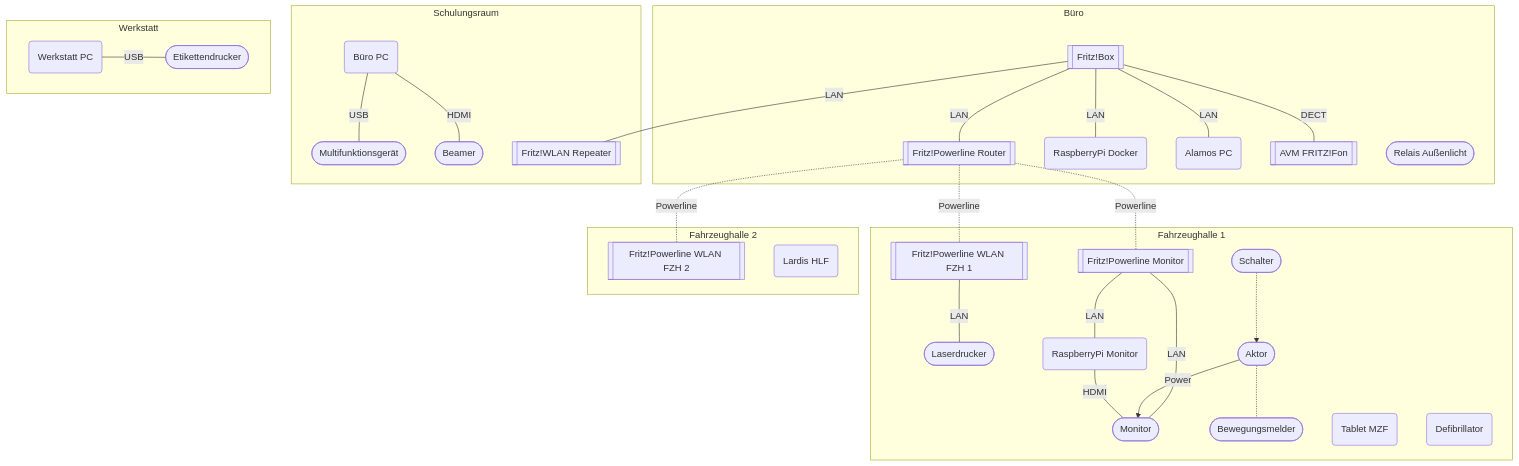
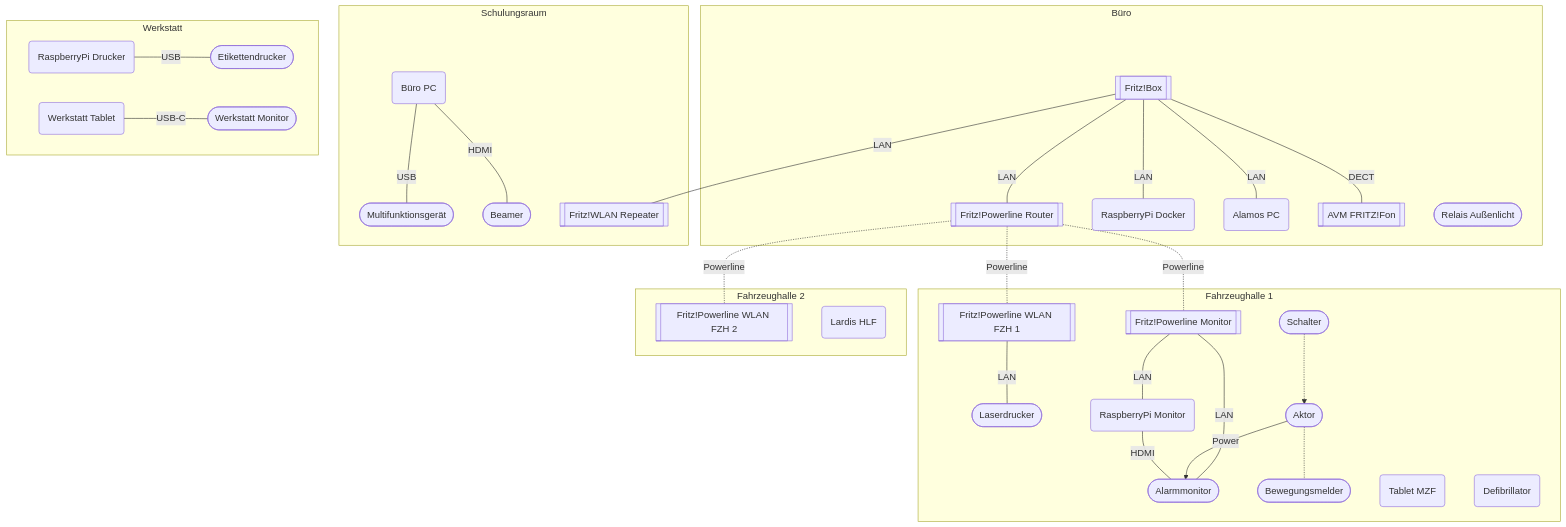
The diagram in docs/Dokumentation/Hardware/index.md (FFW-Baudenbach/FE2_Documentation), drawn with Mermaid before and after one commit. The commit also changed 9 other files, not shown here.

````diff
--- a/docs/Dokumentation/Hardware/index.md
+++ b/docs/Dokumentation/Hardware/index.md
@@ -12,68 +12,71 @@
 ```mermaid
 graph TD
 
     subgraph buero[Büro]
         router[[Fritz!Box]]
         pwl-rt[[Fritz!Powerline Router]]
         rpidoc(RaspberryPi Docker)
         fe2pc(Alamos PC)
         phone[[AVM FRITZ!Fon]]
         relais([Relais Außenlicht])
         
         router---|LAN|pwl-rt
         router---|LAN|rpidoc
         router---|LAN|fe2pc
         router---|DECT|phone
     end
     
     subgraph schulungsraum[Schulungsraum]
         bueropc(Büro PC)
         copier([Multifunktionsgerät])
         beamer([Beamer])
         wlanrep[[Fritz!WLAN Repeater]]
         router---|LAN|wlanrep
         
         bueropc---|USB|copier
         bueropc---|HDMI|beamer
     end
     
     subgraph werkstatt[Werkstatt]
-        fmpc(Werkstatt PC)
+        rpidrucker(RaspberryPi Drucker)
+        werkstatttablet(Werkstatt Tablet)
+        werkstattmonitor([Werkstatt Monitor])
         labelprinter([Etikettendrucker])
-        
-        fmpc---|USB|labelprinter
+
+        rpidrucker---|USB|labelprinter
+        werkstatttablet---|USB-C|werkstattmonitor
     end
     
     subgraph fzh1[Fahrzeughalle 1]
         pwl-fzh1[["Fritz!Powerline WLAN FZH&nbsp;1"]]
         pwl-mon[[Fritz!Powerline Monitor]]
         printer([Laserdrucker])
-        monitor([Monitor])
+        alarmmonitor([Alarmmonitor])
         actor([Aktor])
         motion([Bewegungsmelder])
         plug([Schalter])
         rpimon(RaspberryPi Monitor)
-        tablet(Tablet MZF)
+        tabletmzf(Tablet MZF)
         defi(Defibrillator)
 
         pwl-fzh1---|LAN|printer
         
-        pwl-mon---|LAN|monitor
+        pwl-mon---|LAN|alarmmonitor
         pwl-mon---|LAN|rpimon
         
-        plug-.->actor--Power-->monitor
-        rpimon---|HDMI|monitor
+        plug-.->actor--Power-->alarmmonitor
+        rpimon---|HDMI|alarmmonitor
         actor-.-motion
 
     end
     
     subgraph fzh2[Fahrzeughalle 2]
         pwl-fzh2[["Fritz!Powerline WLAN FZH&nbsp;2"]]
         lardis-hlf(Lardis HLF)
     end
     
     pwl-rt-.-|Powerline|pwl-mon
     pwl-rt-.-|Powerline|pwl-fzh1
     pwl-rt-.-|Powerline|pwl-fzh2
     
 ```
````
